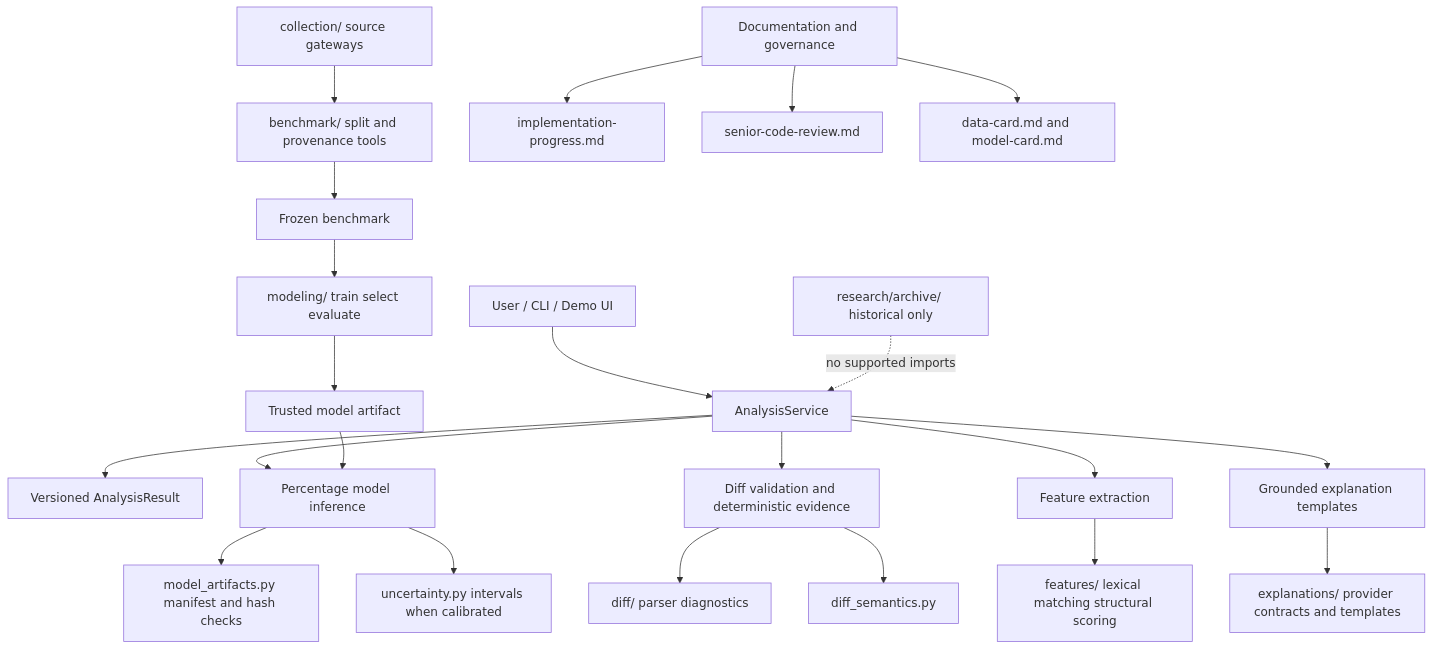
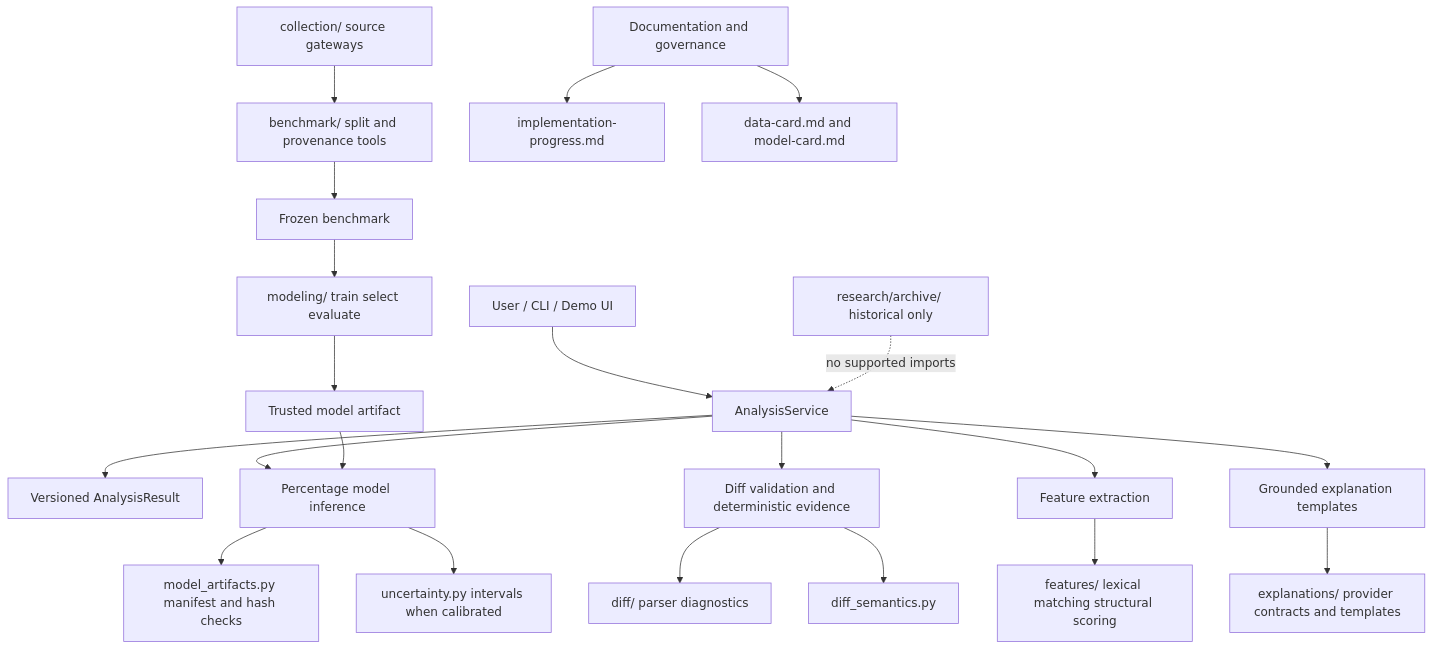
The diagram in docs/project-architecture.mmd (algeor/code-compare), drawn with Mermaid before and after one commit. The commit also changed 15 other files, not shown here.

```diff
--- a/docs/project-architecture.mmd
+++ b/docs/project-architecture.mmd
@@ -1,33 +1,32 @@
 flowchart TD
     user[User / CLI / Demo UI]
     service[AnalysisService]
     result[Versioned AnalysisResult]
 
     user --> service
     service --> result
 
     service --> diff[Diff validation and deterministic evidence]
     service --> features[Feature extraction]
     service --> model[Percentage model inference]
     service --> explain[Grounded explanation templates]
 
     diff --> parser[diff/ parser diagnostics]
     diff --> semantics[diff_semantics.py]
     features --> feature_modules[features/ lexical matching structural scoring]
     model --> artifacts[model_artifacts.py manifest and hash checks]
     model --> uncertainty[uncertainty.py intervals when calibrated]
     explain --> explanation_modules[explanations/ provider contracts and templates]
 
     collection[collection/ source gateways] --> benchmark[benchmark/ split and provenance tools]
     benchmark --> frozen[Frozen benchmark]
     frozen --> training[modeling/ train select evaluate]
     training --> release[Trusted model artifact]
     release --> model
 
     docs[Documentation and governance]
     docs --> progress[implementation-progress.md]
-    docs --> review[senior-code-review.md]
     docs --> cards[data-card.md and model-card.md]
 
     archive[research/archive/ historical only]
     archive -. no supported imports .-> service
```
